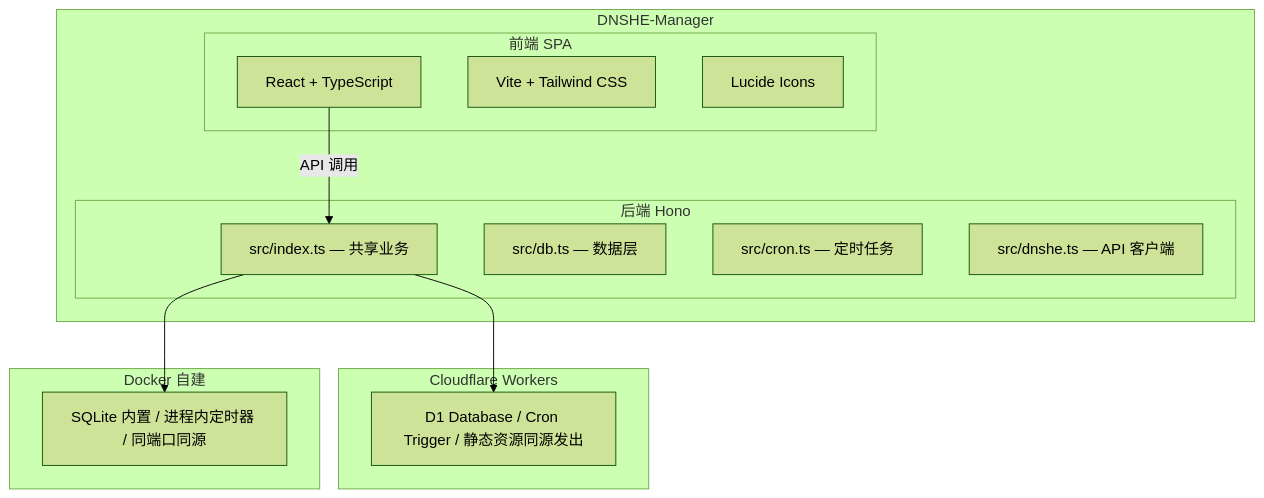
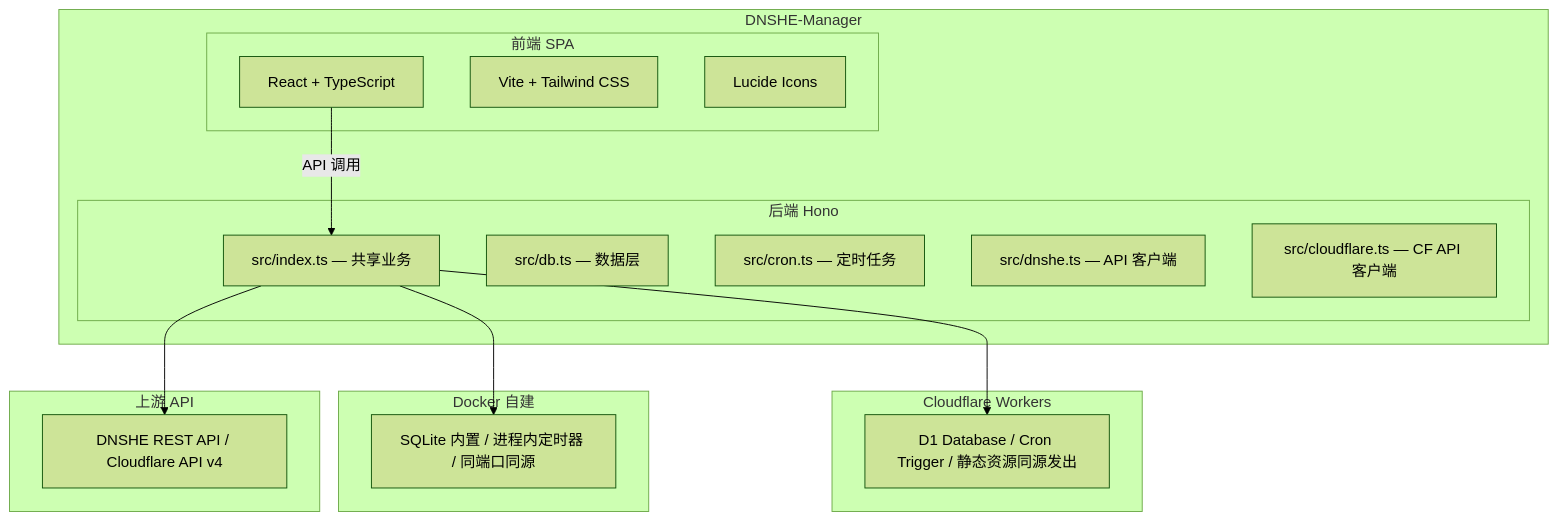
One commit to lioil522/dnshe-manager changed the diagram in README.md. Above: the diagram before and after it, drawn with Mermaid (forest theme). The commit also changed other lines of this file, not shown here.

Commit message:
docs: README 补充 Cloudflare 域名管理功能说明

````diff
--- a/README.md
+++ b/README.md
@@ -30,30 +31,36 @@
 ```mermaid
 graph TD
     subgraph DNSHE-Manager
         subgraph 前端 SPA
             A1["React + TypeScript"]
             A2["Vite + Tailwind CSS"]
             A3["Lucide Icons"]
         end
 
         subgraph 后端 Hono
             B1["src/index.ts — 共享业务"]
             B2["src/db.ts — 数据层"]
             B3["src/cron.ts — 定时任务"]
             B4["src/dnshe.ts — API 客户端"]
+            B5["src/cloudflare.ts — CF API 客户端"]
         end
 
         A1 -->|API 调用| B1
     end
 
     B1 --> C1
     B1 --> C2
+    B1 --> C3
 
     subgraph Cloudflare Workers
         C1["D1 Database / Cron Trigger / 静态资源同源发出"]
     end
 
     subgraph Docker 自建
         C2["SQLite 内置 / 进程内定时器 / 同端口同源"]
     end
+
+    subgraph 上游 API
+        C3["DNSHE REST API / Cloudflare API v4"]
+    end
 ```
````
